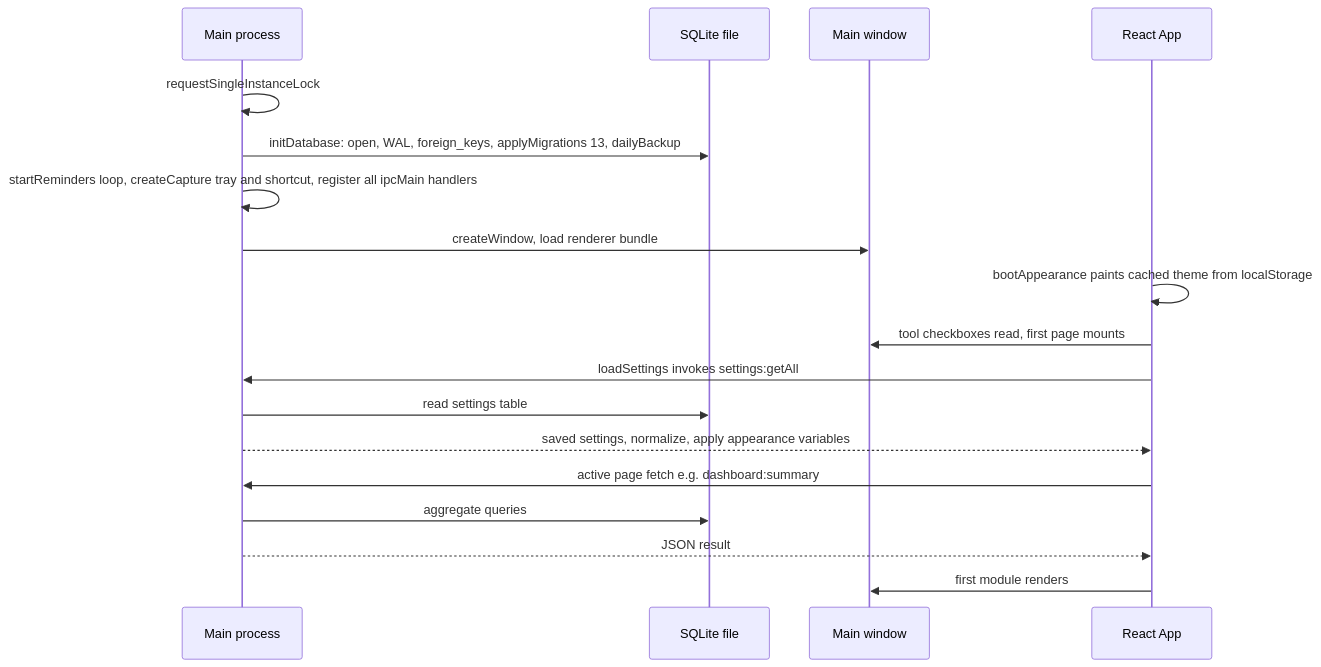
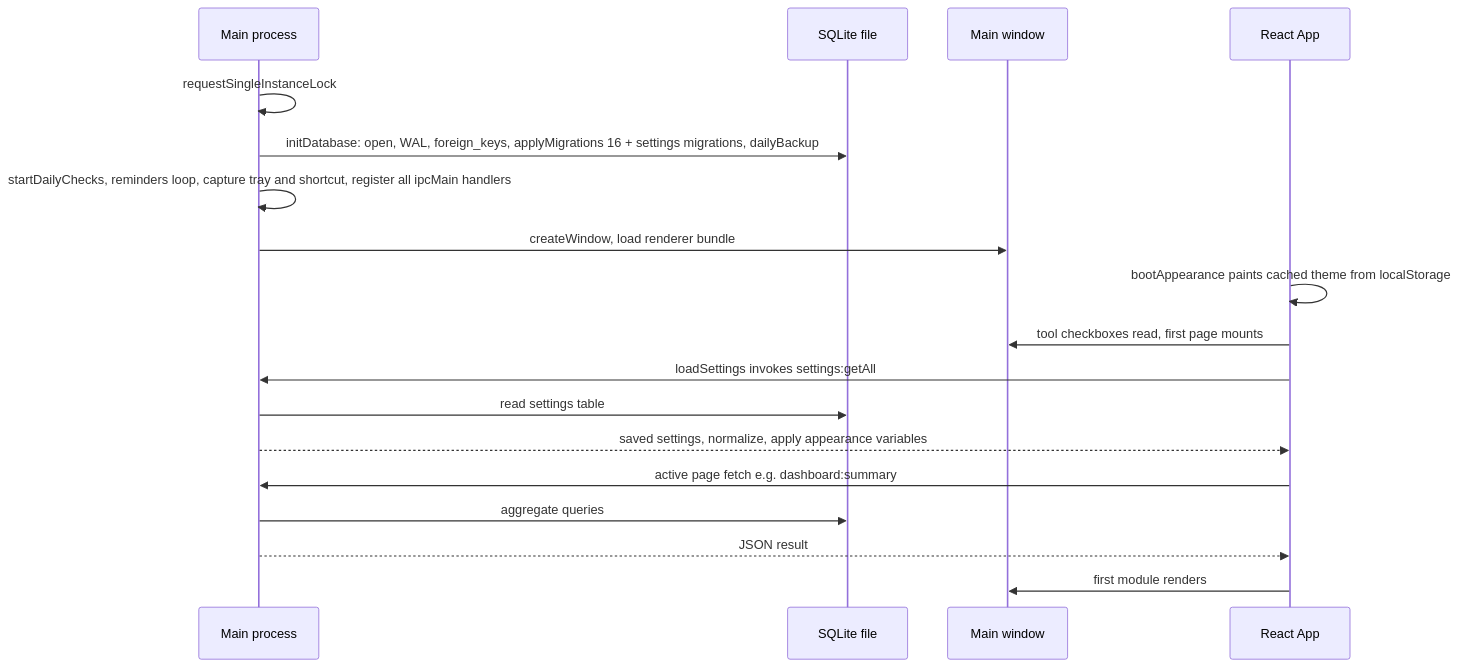
The second of 6 diagrams in docs/architecture.md (Exceed-afk/feeblests-everything), drawn with Mermaid before and after one commit. The commit also changed other lines of this file, not shown here.

Commit message:
docs: architecture refresh for phases 5-7 (migration 16, daily check, dismissals shape)

````diff
--- a/docs/architecture.md
+++ b/docs/architecture.md
@@ -197,20 +198,20 @@
 ```mermaid
 sequenceDiagram
     participant Main as Main process
     participant DB as SQLite file
     participant Win as Main window
     participant App as React App
     Main->>Main: requestSingleInstanceLock
-    Main->>DB: initDatabase: open, WAL, foreign_keys, applyMigrations 13, dailyBackup
-    Main->>Main: startReminders loop, createCapture tray and shortcut, register all ipcMain handlers
+    Main->>DB: initDatabase: open, WAL, foreign_keys, applyMigrations 16 + settings migrations, dailyBackup
+    Main->>Main: startDailyChecks, reminders loop, capture tray and shortcut, register all ipcMain handlers
     Main->>Win: createWindow, load renderer bundle
     App->>App: bootAppearance paints cached theme from localStorage
     App->>Win: tool checkboxes read, first page mounts
     App->>Main: loadSettings invokes settings:getAll
     Main->>DB: read settings table
     Main-->>App: saved settings, normalize, apply appearance variables
     App->>Main: active page fetch e.g. dashboard:summary
     Main->>DB: aggregate queries
     Main-->>App: JSON result
     App->>Win: first module renders
 ```
````
